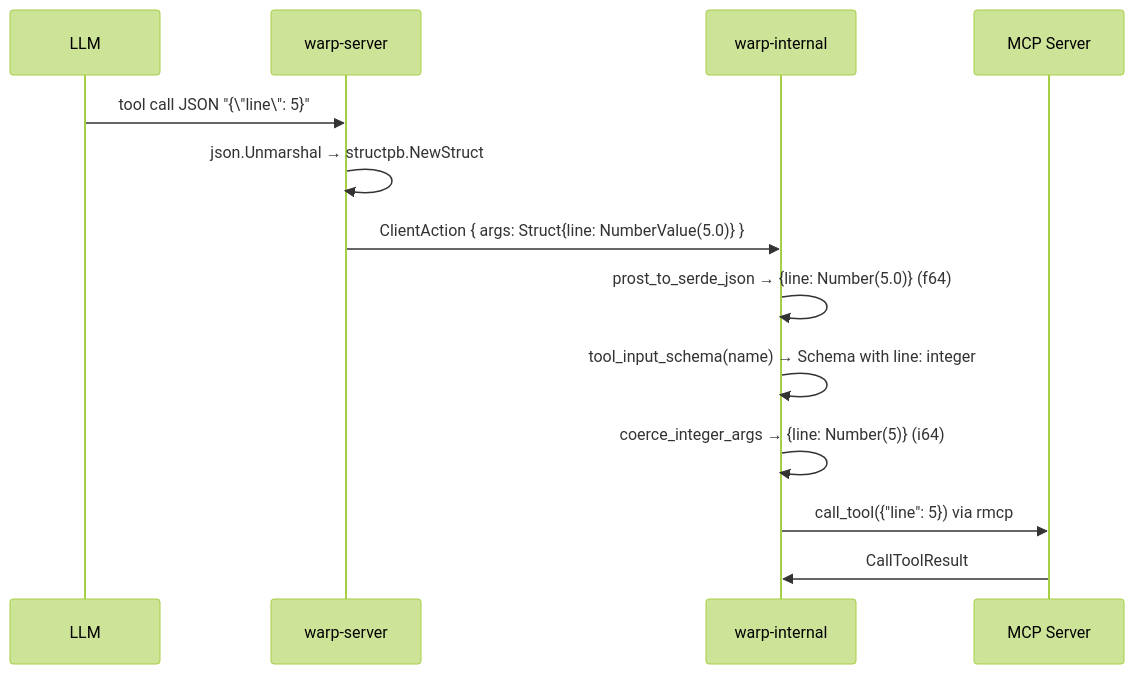
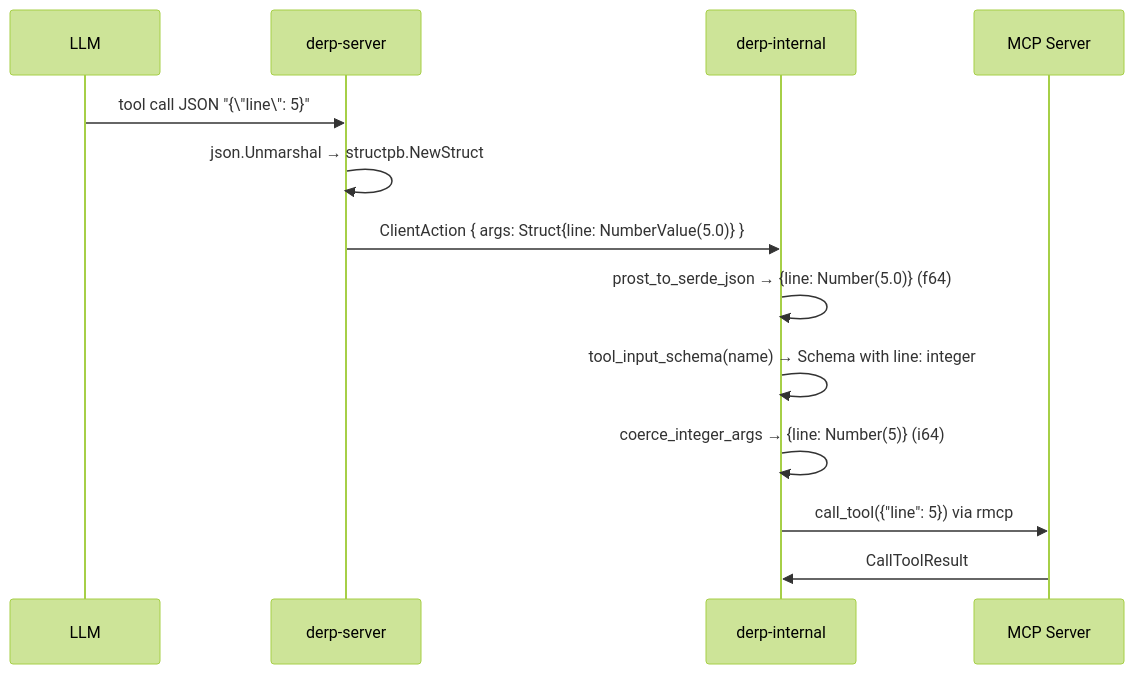
The diagram in specs/APP-4105/TECH.md (antikrust/krust-terminal), drawn with Mermaid (forest theme) before and after one commit. The commit also changed other lines of this file and 9069 other files, not shown here.

First line of the commit message:
Rebrand Warp -> Derp; vendor and disconnect all external deps

````diff
--- a/specs/APP-4105/TECH.md
+++ b/specs/APP-4105/TECH.md
@@ -176,16 +176,16 @@
 ```mermaid
 sequenceDiagram
     participant LLM
-    participant Server as warp-server
-    participant Client as warp-internal
+    participant Server as derp-server
+    participant Client as derp-internal
     participant MCP as MCP Server
 
     LLM->>Server: tool call JSON "{\"line\": 5}"
     Server->>Server: json.Unmarshal → structpb.NewStruct
     Server->>Client: ClientAction { args: Struct{line: NumberValue(5.0)} }
     Client->>Client: prost_to_serde_json → {line: Number(5.0)} (f64)
     Client->>Client: tool_input_schema(name) → Schema with line: integer
     Client->>Client: coerce_integer_args → {line: Number(5)} (i64)
     Client->>MCP: call_tool({"line": 5}) via rmcp
     MCP->>Client: CallToolResult
 ```
````
